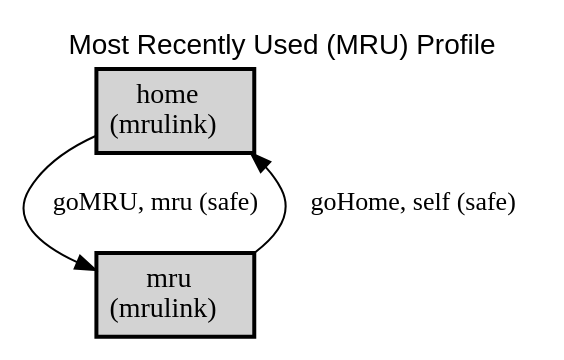
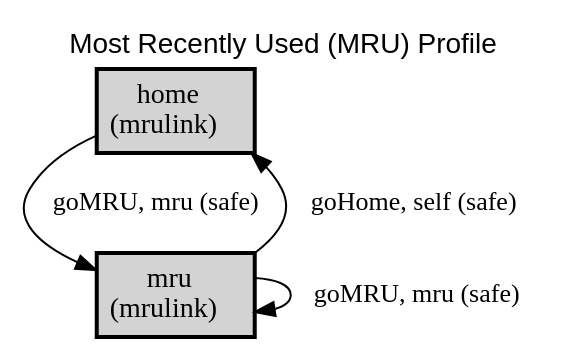
The diagram in docs/mru/mru.dot (webapicookbook/alps-documents), drawn with Graphviz before and after one commit. The commit also changed 3 other files, not shown here.

```diff
--- a/docs/mru/mru.dot
+++ b/docs/mru/mru.dot
@@ -1,17 +1,18 @@
 digraph application_state_diagram {
   graph [
     labelloc="t";
     fontname="Helvetica"
     label="Most Recently Used (MRU) Profile";
     URL="index.html" target="_parent"
   ];
   node [shape = box, style = "bold,filled" fillcolor="lightgray"];
 
     home [margin=0.02, label=<<table cellspacing="0" cellpadding="5" border="0"><tr><td>home<br />(mrulink)<br /></td></tr></table>>,shape=box URL="docs/semantic.home.html" target="_parent"]
     mru [margin=0.02, label=<<table cellspacing="0" cellpadding="5" border="0"><tr><td>mru<br />(mrulink)<br /></td></tr></table>>,shape=box URL="docs/semantic.mru.html" target="_parent"]
 
     home -> mru [label = "goMRU, mru (safe)" URL="docs/safe.goMRU.html" target="_parent" fontsize=13];
     mru -> home [label = "goHome, self (safe)" URL="docs/safe.goHome.html" target="_parent" fontsize=13];
+    mru -> mru [label = "goMRU, mru (safe)" URL="docs/safe.goMRU.html" target="_parent" fontsize=13];
 
 
 }
```
